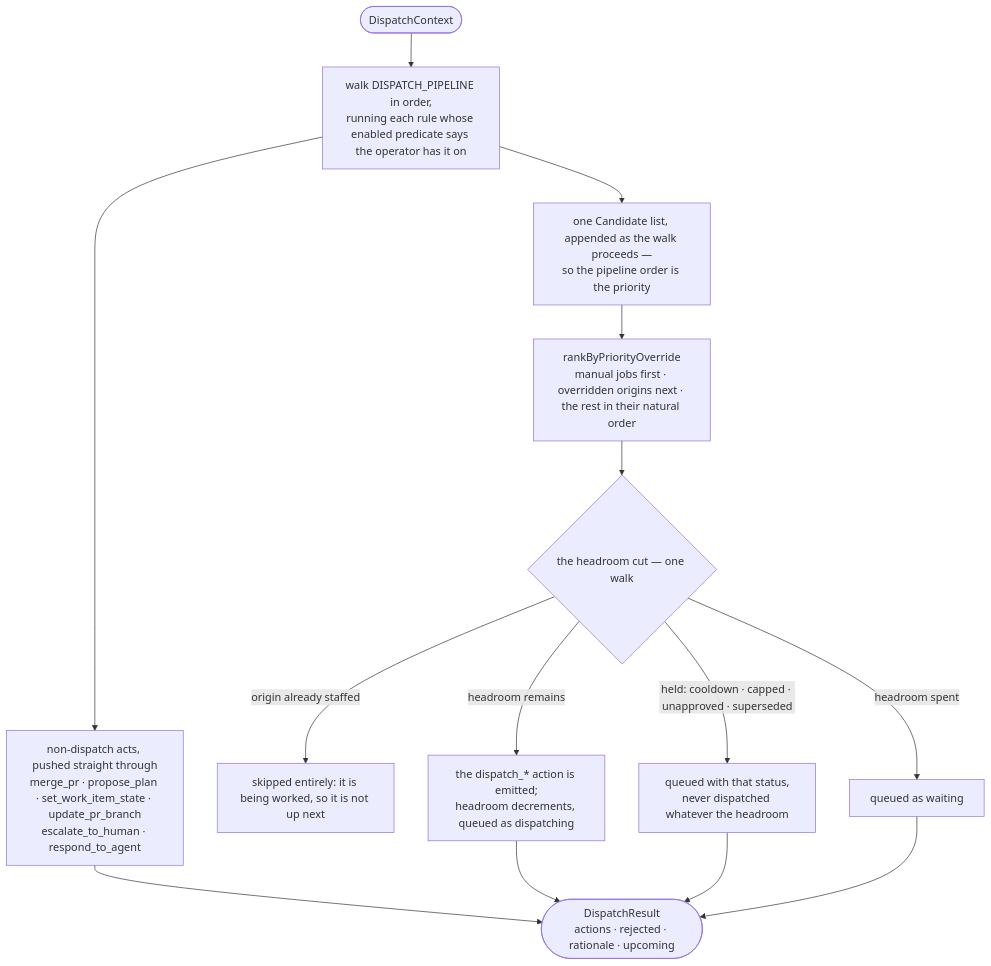
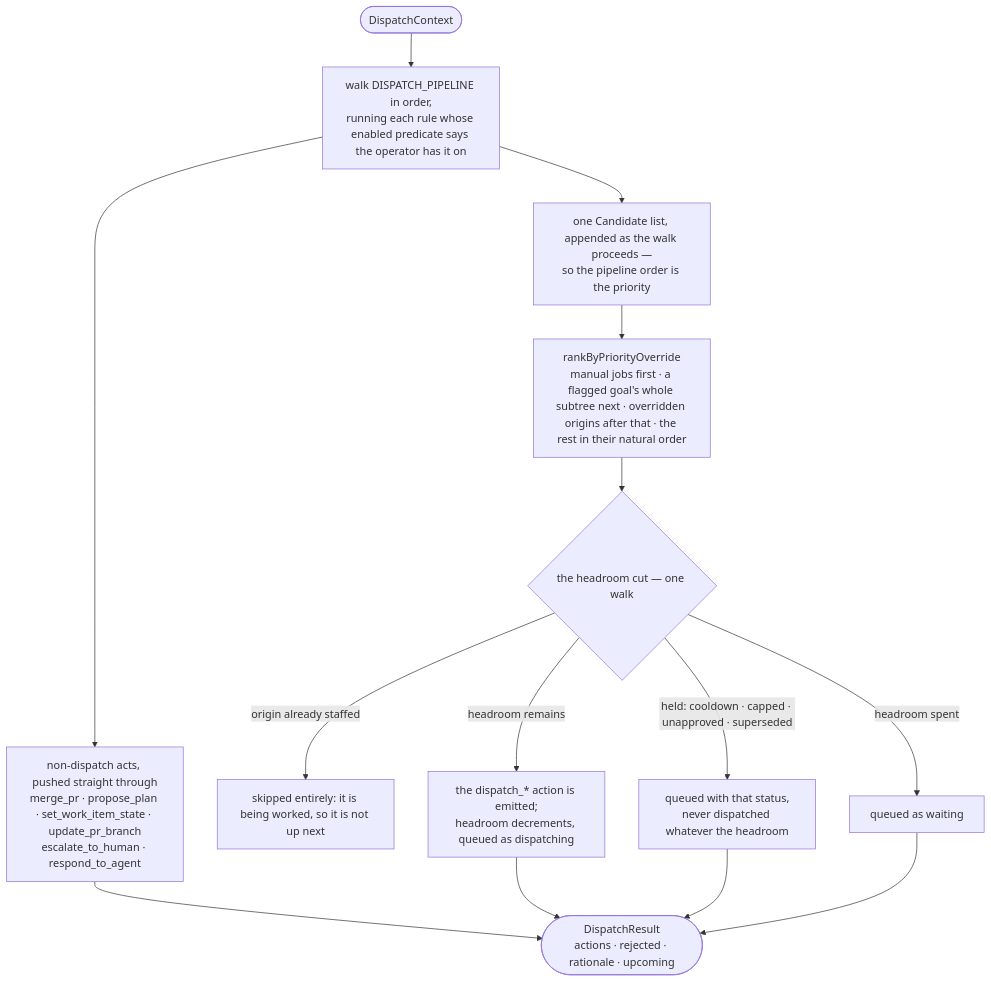
The diagram in docs/spec/05-dispatcher.md (AdamAwan/LubbDubb), drawn with Mermaid before and after one commit. The commit also changed other lines of this file and 23 other files, not shown here.

````diff
--- a/docs/spec/05-dispatcher.md
+++ b/docs/spec/05-dispatcher.md
@@ -300,16 +300,16 @@
 ```mermaid
 flowchart TD
     CTX(["DispatchContext"]) --> WALK["walk DISPATCH_PIPELINE in order,<br/>running each rule whose enabled predicate says the operator has it on"]
     WALK --> NA["non-dispatch acts, pushed straight through<br/>merge_pr · propose_plan · set_work_item_state · update_pr_branch<br/>escalate_to_human · respond_to_agent"]
     WALK --> CAND["one Candidate list, appended as the walk proceeds —<br/>so the pipeline order is the priority"]
-    CAND --> OV["rankByPriorityOverride<br/>manual jobs first · overridden origins next · the rest in their natural order"]
+    CAND --> OV["rankByPriorityOverride<br/>manual jobs first · a flagged goal's whole subtree next · overridden origins after that · the rest in their natural order"]
     OV --> CUT{"the headroom cut — one walk"}
     CUT -- origin already staffed --> SK["skipped entirely: it is being worked, so it is not up next"]
     CUT -- "held: cooldown · capped · unapproved · superseded" --> Q1["queued with that status,<br/>never dispatched whatever the headroom"]
     CUT -- headroom remains --> DI["the dispatch_* action is emitted;<br/>headroom decrements, queued as dispatching"]
     CUT -- headroom spent --> Q2["queued as waiting"]
     NA --> OUT(["DispatchResult<br/>actions · rejected · rationale · upcoming"])
     DI --> OUT
     Q1 --> OUT
     Q2 --> OUT
 ```
````
